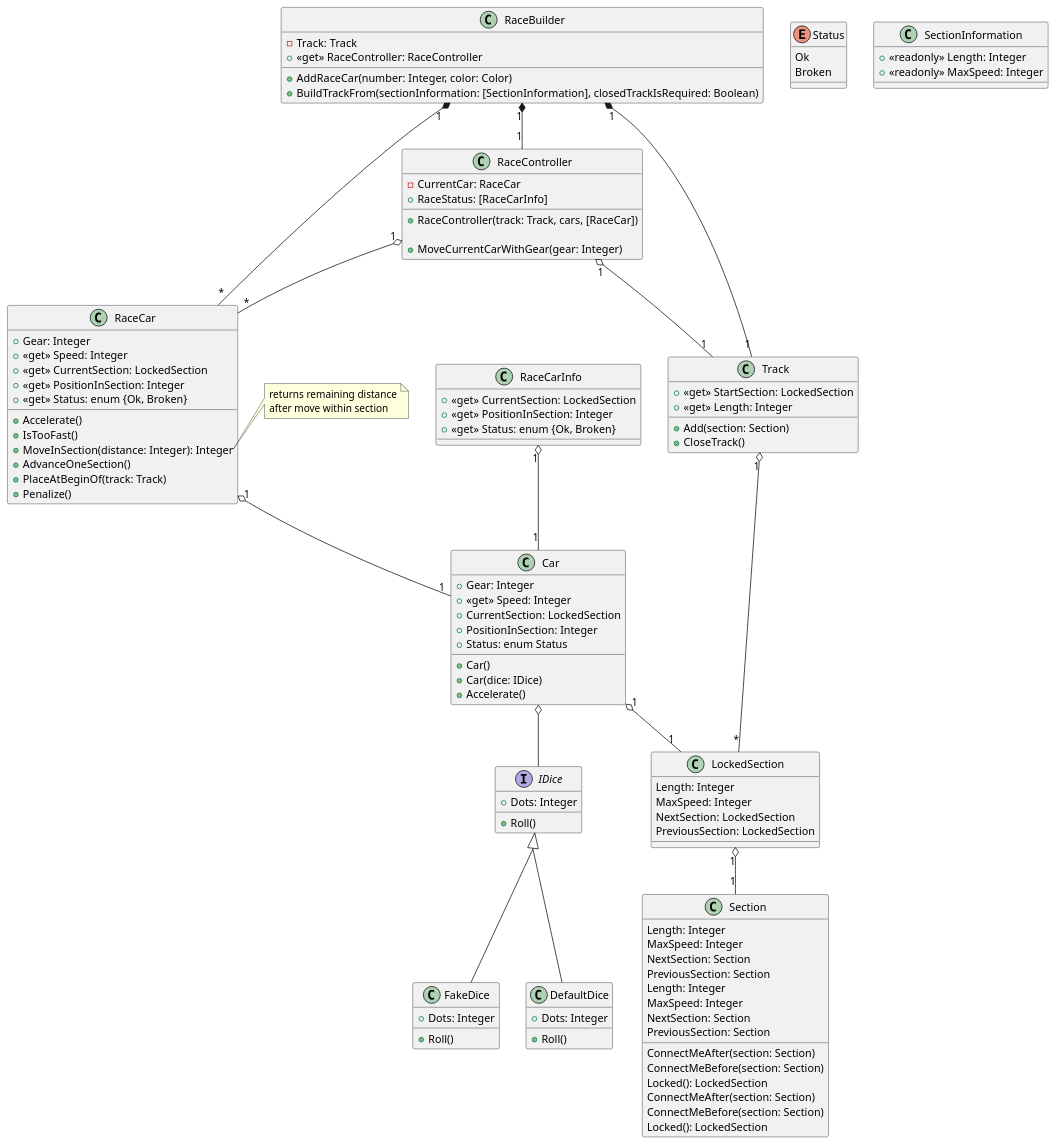
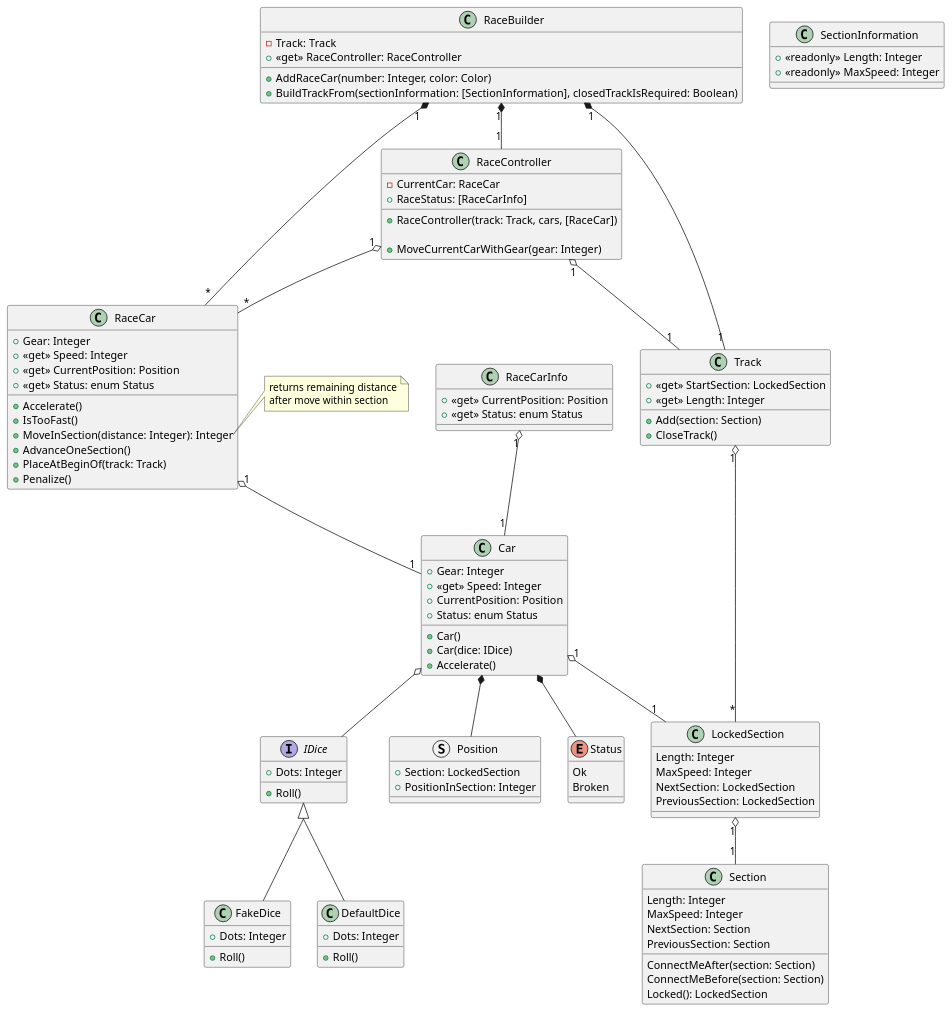
Before and after one commit to htl-leo-syp-project-organization/if.05.61_00-class-materials: the second of 2 diagrams in Units/UnitTesting/CarRace/Readme.md, drawn with PlantUML.

Commit message:
Introduced struct Position

```diff
--- a/Units/UnitTesting/CarRace/Readme.md
+++ b/Units/UnitTesting/CarRace/Readme.md
@@ -90,42 +90,36 @@
 IDice <|-- FakeDice
 IDice <|-- DefaultDice
 
+struct Position {
+    + Section: LockedSection
+    + PositionInSection: Integer
+}
+
 class Car {
     + Gear: Integer
     + <<get>> Speed: Integer
-    + CurrentSection: LockedSection
-    + PositionInSection: Integer
+    + CurrentPosition: Position
     + Status: enum Status
 
     + Car()
     + Car(dice: IDice)
     + Accelerate()
 }
+Car *-- Status
+Car *-- Position
+Car o-- IDice
+Car "1" o-- "1" LockedSection
 
 enum Status {
     Ok
     Broken
 }
 
-class Section {
-    Length: Integer
-    MaxSpeed: Integer
-    NextSection: Section
-    PreviousSection: Section
-    ConnectMeAfter(section: Section)
-    ConnectMeBefore(section: Section)
-    Locked(): LockedSection
-}
-
-Car o-- IDice
-Car "1" o-- "1" LockedSection
-
 class RaceCar {
     + Gear: Integer
     + <<get>> Speed: Integer
-    + <<get>> CurrentSection: LockedSection
-    + <<get>> PositionInSection: Integer
-    + <<get>> Status: enum {Ok, Broken}
+    + <<get>> CurrentPosition: Position
+    + <<get>> Status: enum Status
 
     + Accelerate()
     + IsTooFast()
@@ -143,9 +137,8 @@
 RaceCar "1" o-- "1" Car
 
 class RaceCarInfo {
-    + <<get>> CurrentSection: LockedSection
-    + <<get>> PositionInSection: Integer
-    + <<get>> Status: enum {Ok, Broken}
+    + <<get>> CurrentPosition: Position
+    + <<get>> Status: enum Status
 }
 RaceCarInfo "1" o-- "1" Car
 
```
